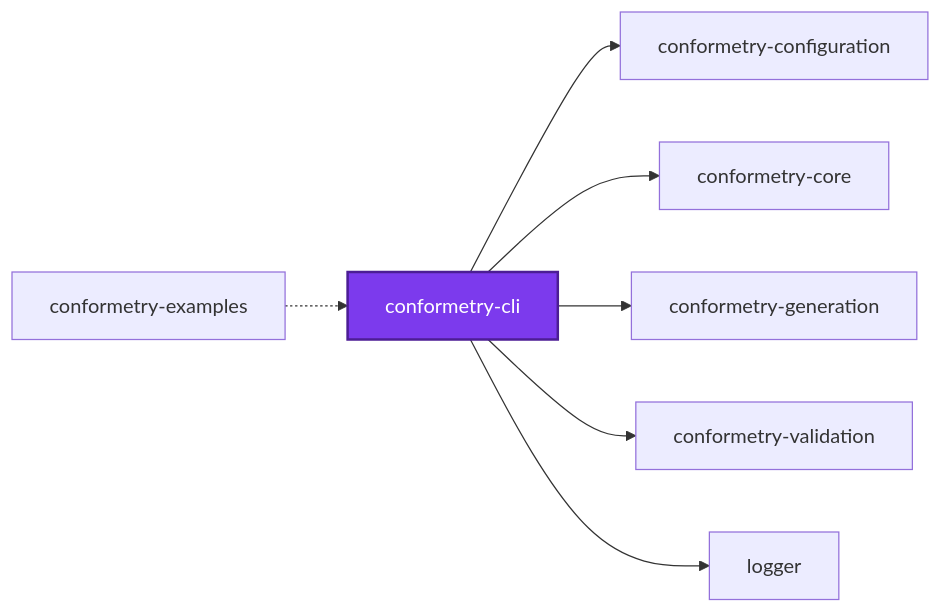
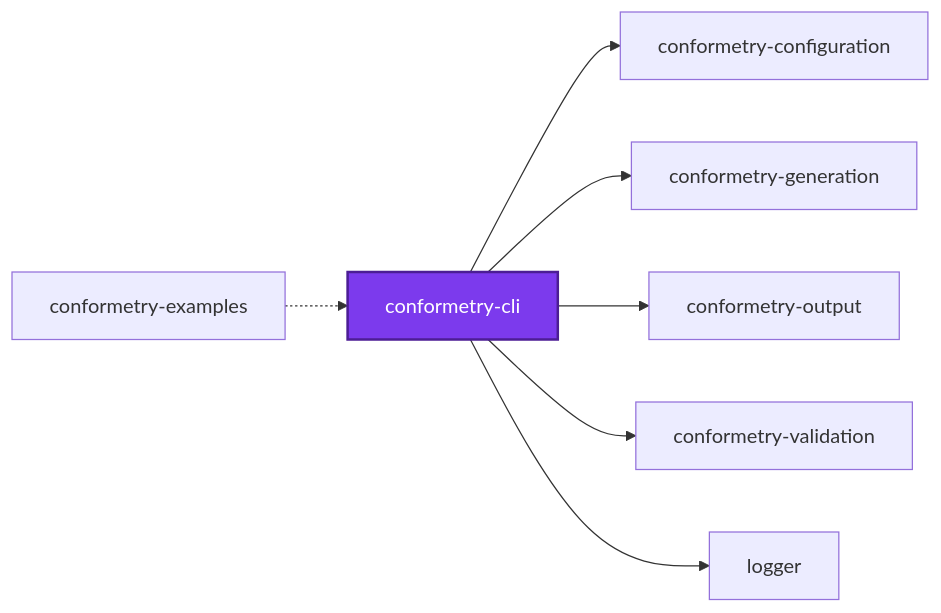
The first of 3 diagrams in packages/ic-suite/conformetry/conformetry-cli/README.md (JimmyPaolini/codebase), drawn with Mermaid before and after one commit. The commit also changed other lines of this file and 164 other files, not shown here.

````diff
--- a/packages/ic-suite/conformetry/conformetry-cli/README.md
+++ b/packages/ic-suite/conformetry/conformetry-cli/README.md
@@ -851,18 +851,18 @@
 ```mermaid
 graph LR
   conformetry_cli["conformetry-cli"]
   conformetry_configuration["conformetry-configuration"]
-  conformetry_core["conformetry-core"]
   conformetry_examples["conformetry-examples"]
   conformetry_generation["conformetry-generation"]
+  conformetry_output["conformetry-output"]
   conformetry_validation["conformetry-validation"]
   logger["logger"]
   conformetry_cli --> conformetry_configuration
-  conformetry_cli --> conformetry_core
   conformetry_cli --> conformetry_generation
+  conformetry_cli --> conformetry_output
   conformetry_cli --> conformetry_validation
   conformetry_cli --> logger
   conformetry_examples -.-> conformetry_cli
   classDef subject fill:#7c3aed,color:#fff,stroke:#4c1d95,stroke-width:2px
   class conformetry_cli subject
 ```
````
